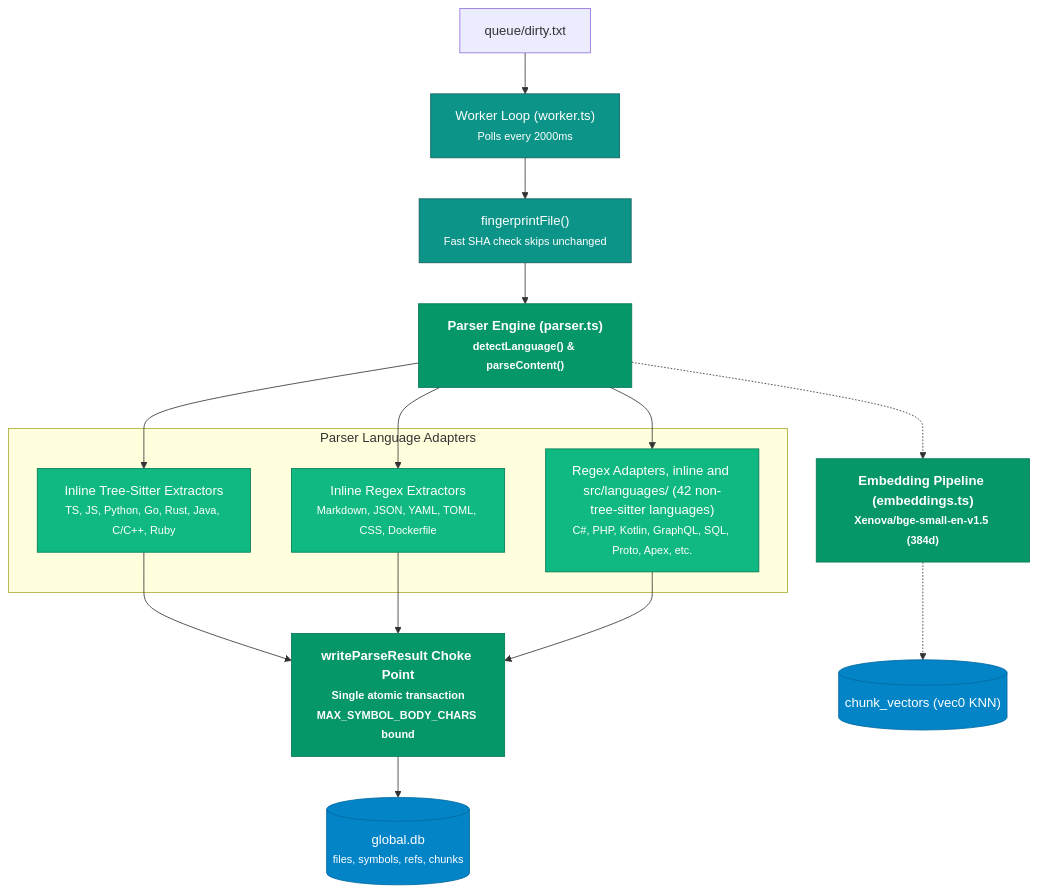
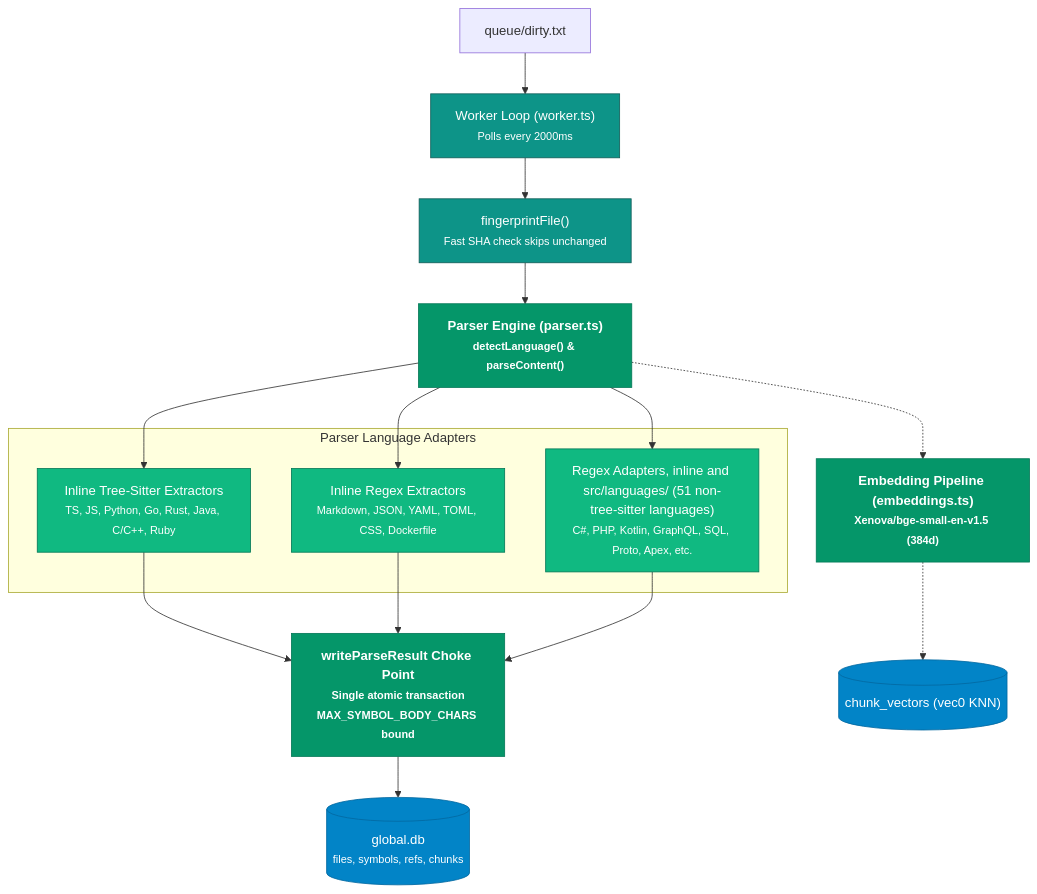
Before and after one commit to DFKHelper/token-goat: the fourth of 7 diagrams in demo/C4_RUNTIME_ARCHITECTURE.md, drawn with Mermaid. The commit also changed 37 other files, not shown here.

````diff
--- a/demo/C4_RUNTIME_ARCHITECTURE.md
+++ b/demo/C4_RUNTIME_ARCHITECTURE.md
@@ -190,30 +190,30 @@
 ```mermaid
 flowchart TB
     classDef parser fill:#059669,stroke:#047857,color:#ffffff,font-weight:bold;
     classDef worker fill:#0D9488,stroke:#115E59,color:#ffffff;
     classDef adapter fill:#10B981,stroke:#047857,color:#ffffff;
     classDef db fill:#0284C7,stroke:#0369A1,color:#ffffff;
 
     DirtyQueue["queue/dirty.txt"] --> WorkerLoop["Worker Loop (worker.ts)<br/><small>Polls every 2000ms</small>"]:::worker
     WorkerLoop --> Fingerprint["fingerprintFile()<br/><small>Fast SHA check skips unchanged</small>"]:::worker
     Fingerprint --> Parser["Parser Engine (parser.ts)<br/><small>detectLanguage() & parseContent()</small>"]:::parser
 
     subgraph ParserAdapters ["Parser Language Adapters"]
         TreeSitter["Inline Tree-Sitter Extractors<br/><small>TS, JS, Python, Go, Rust, Java, C/C++, Ruby</small>"]:::adapter
         RegexInline["Inline Regex Extractors<br/><small>Markdown, JSON, YAML, TOML, CSS, Dockerfile</small>"]:::adapter
-        LangAdapters["Regex Adapters, inline and src/languages/ (42 non-tree-sitter languages)<br/><small>C#, PHP, Kotlin, GraphQL, SQL, Proto, Apex, etc.</small>"]:::adapter
+        LangAdapters["Regex Adapters, inline and src/languages/ (51 non-tree-sitter languages)<br/><small>C#, PHP, Kotlin, GraphQL, SQL, Proto, Apex, etc.</small>"]:::adapter
     end
 
     Parser --> TreeSitter
     Parser --> RegexInline
     Parser --> LangAdapters
 
     TreeSitter --> ChokePoint["writeParseResult Choke Point<br/><small>Single atomic transaction<br/>MAX_SYMBOL_BODY_CHARS bound</small>"]:::parser
     RegexInline --> ChokePoint
     LangAdapters --> ChokePoint
 
     ChokePoint --> GlobalDB[("global.db<br/><small>files, symbols, refs, chunks</small>")]:::db
     
     Parser -.-> Embedder["Embedding Pipeline (embeddings.ts)<br/><small>Xenova/bge-small-en-v1.5 (384d)</small>"]:::parser
     Embedder -.-> VecDB[("chunk_vectors (vec0 KNN)")]:::db
 ```
````
